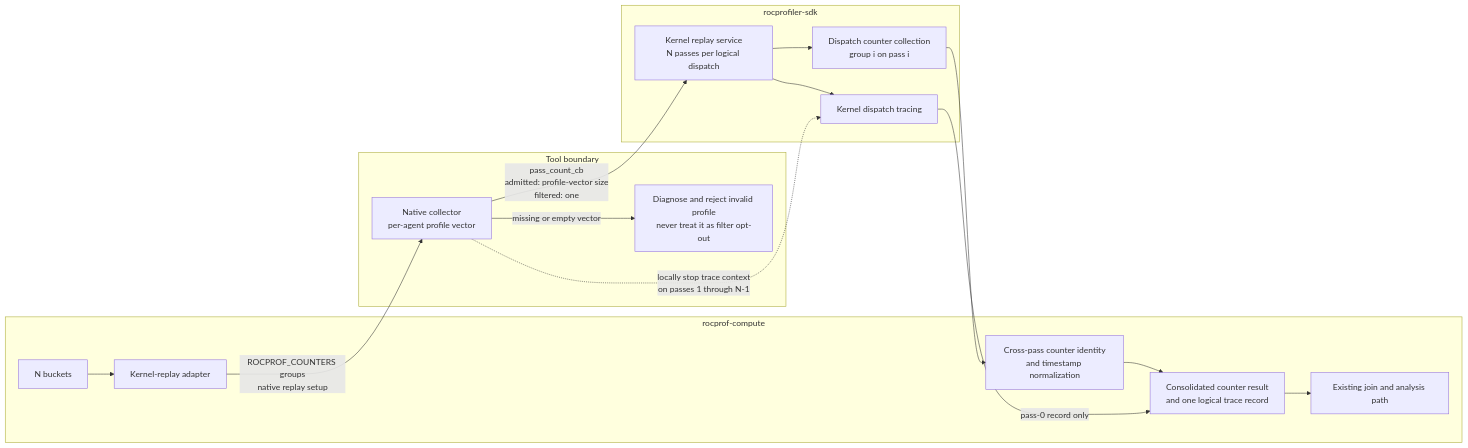
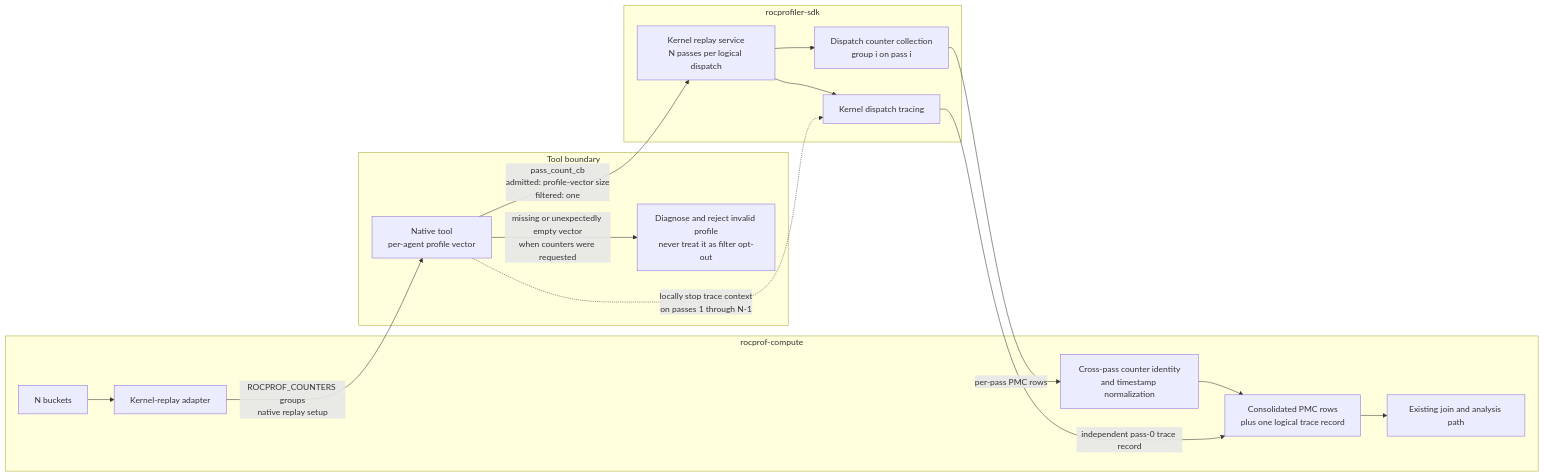
One commit to ROCm/rocm-systems changed the third of 4 diagrams in projects/rocprofiler-compute/docs/design/hld-kernel-replay.md. Above: the diagram before and after it, drawn with Mermaid. The commit also changed other lines of this file, not shown here.

````diff
--- a/projects/rocprofiler-compute/docs/design/hld-kernel-replay.md
+++ b/projects/rocprofiler-compute/docs/design/hld-kernel-replay.md
@@ -245,35 +253,35 @@
 ```mermaid
 graph LR
     subgraph Compute["rocprof-compute"]
         Buckets["N buckets"]
         Adapter["Kernel-replay adapter"]
         Normalize["Cross-pass counter identity<br/>and timestamp normalization"]
-        Output["Consolidated counter result<br/>and one logical trace record"]
+        Output["Consolidated PMC rows<br/>plus one logical trace record"]
         Analysis["Existing join and analysis path"]
         Buckets --> Adapter
         Normalize --> Output
         Output --> Analysis
     end
 
     subgraph Tools["Tool boundary"]
-        Native["Native collector<br/>per-agent profile vector"]
+        Native["Native tool<br/>per-agent profile vector"]
         Reject["Diagnose and reject invalid profile<br/>never treat it as filter opt-out"]
     end
 
     subgraph SDK["rocprofiler-sdk"]
         Replay["Kernel replay service<br/>N passes per logical dispatch"]
         Counters["Dispatch counter collection<br/>group i on pass i"]
         Trace["Kernel dispatch tracing"]
         Replay --> Counters
         Replay --> Trace
     end
 
     Adapter -- "ROCPROF_COUNTERS groups<br/>native replay setup" --> Native
 
     Native -- "pass_count_cb<br/>admitted: profile-vector size<br/>filtered: one" --> Replay
-    Native -- "missing or empty vector" --> Reject
+    Native -- "missing or unexpectedly empty vector<br/>when counters were requested" --> Reject
 
     Native -. "locally stop trace context<br/>on passes 1 through N-1" .-> Trace
-    Counters --> Normalize
-    Trace -- "pass-0 record only" --> Output
+    Counters -- "per-pass PMC rows" --> Normalize
+    Trace -- "independent pass-0 trace record" --> Output
 ```
````
